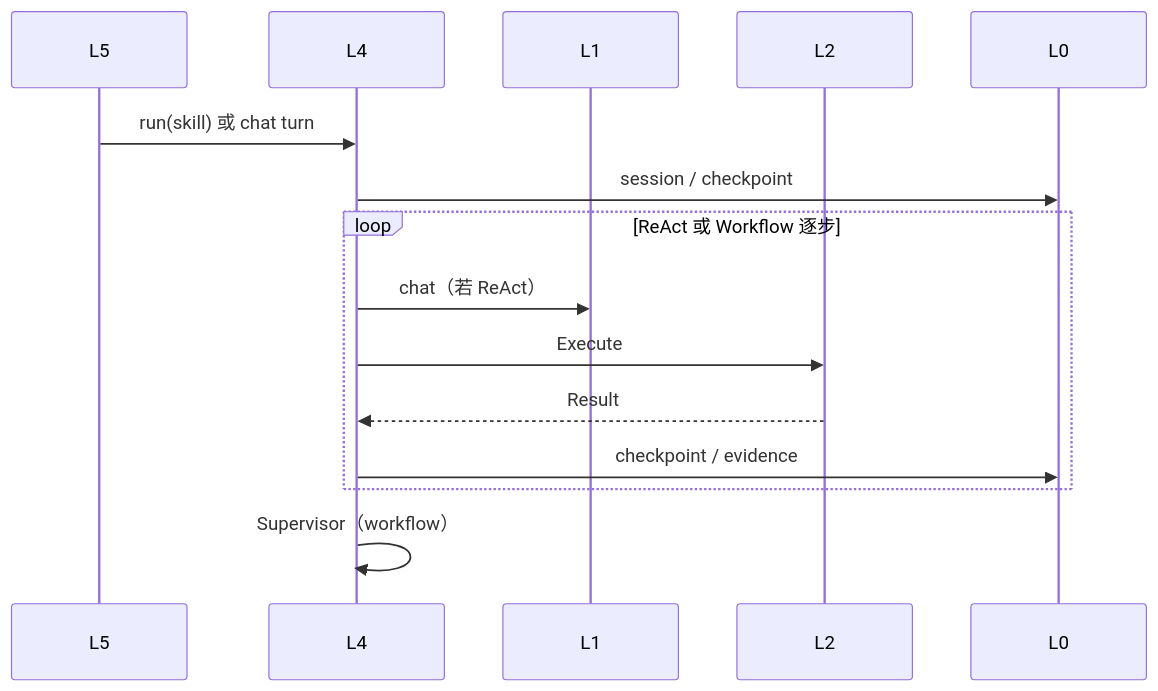
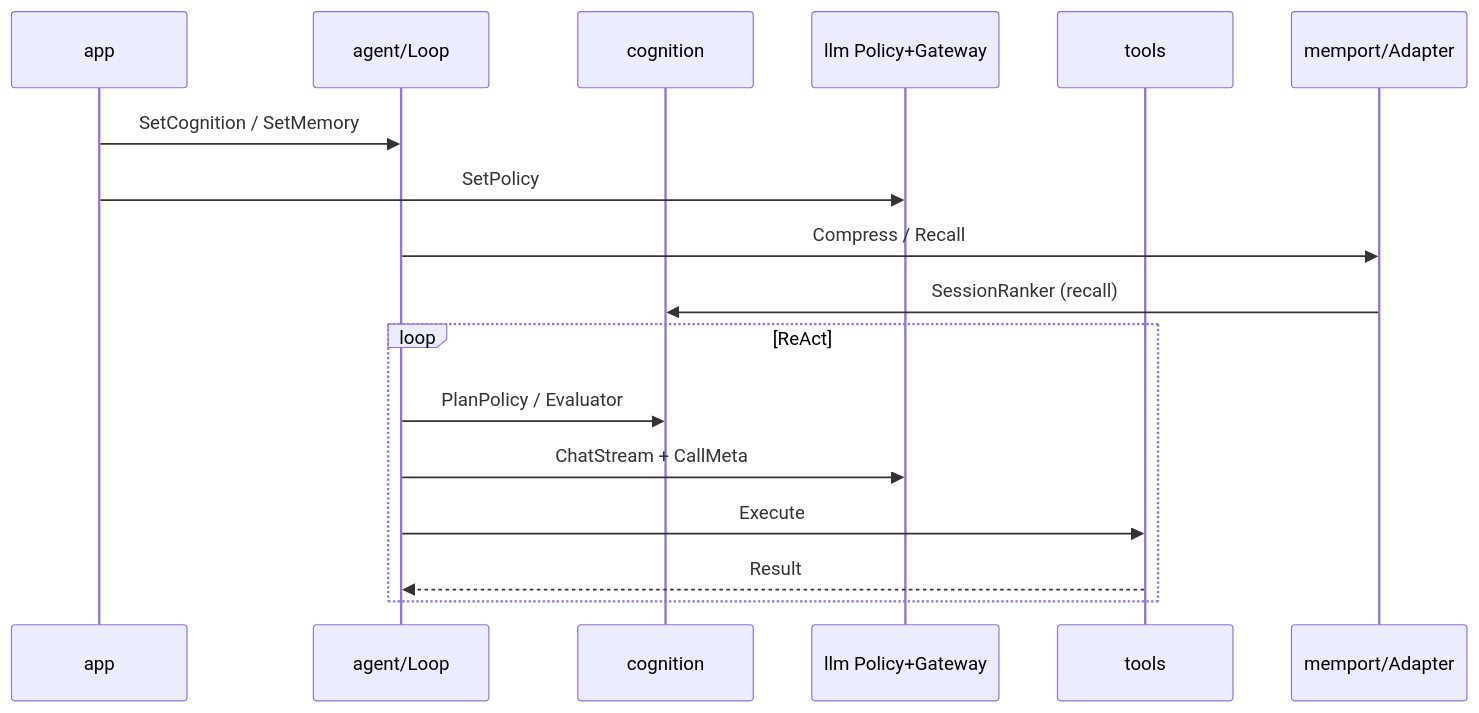
Before and after one commit to ghsemail/GeeGooAgent: the diagram in docs/architecture/overview.md, drawn with Mermaid. The commit also changed other lines of this file and 2 other files, not shown here.

First line of the commit message:
docs(architecture): align overview and repo-layout with Agent OS final design

````diff
--- a/docs/architecture/overview.md
+++ b/docs/architecture/overview.md
@@ -347,17 +253,19 @@
 ```mermaid
 sequenceDiagram
-  participant App as L5
-  participant RT as L4
-  participant GW as L1
-  participant Tools as L2
-  participant Infra as L0
-  App->>RT: run(skill) 或 chat turn
-  RT->>Infra: session / checkpoint
-  loop ReAct 或 Workflow 逐步
-    RT->>GW: chat（若 ReAct）
-    RT->>Tools: Execute
-    Tools-->>RT: Result
-    RT->>Infra: checkpoint / evidence
+  participant App as app
+  participant Kernel as agent/Loop
+  participant Cogn as cognition
+  participant GW as llm Policy+Gateway
+  participant Tools as tools
+  participant Mem as memport/Adapter
+  App->>Kernel: SetCognition / SetMemory
+  App->>GW: SetPolicy
+  Kernel->>Mem: Compress / Recall
+  Mem->>Cogn: SessionRanker (recall)
+  loop ReAct
+    Kernel->>Cogn: PlanPolicy / Evaluator
+    Kernel->>GW: ChatStream + CallMeta
+    Kernel->>Tools: Execute
+    Tools-->>Kernel: Result
   end
-  RT->>RT: Supervisor（workflow）
 ```
````
